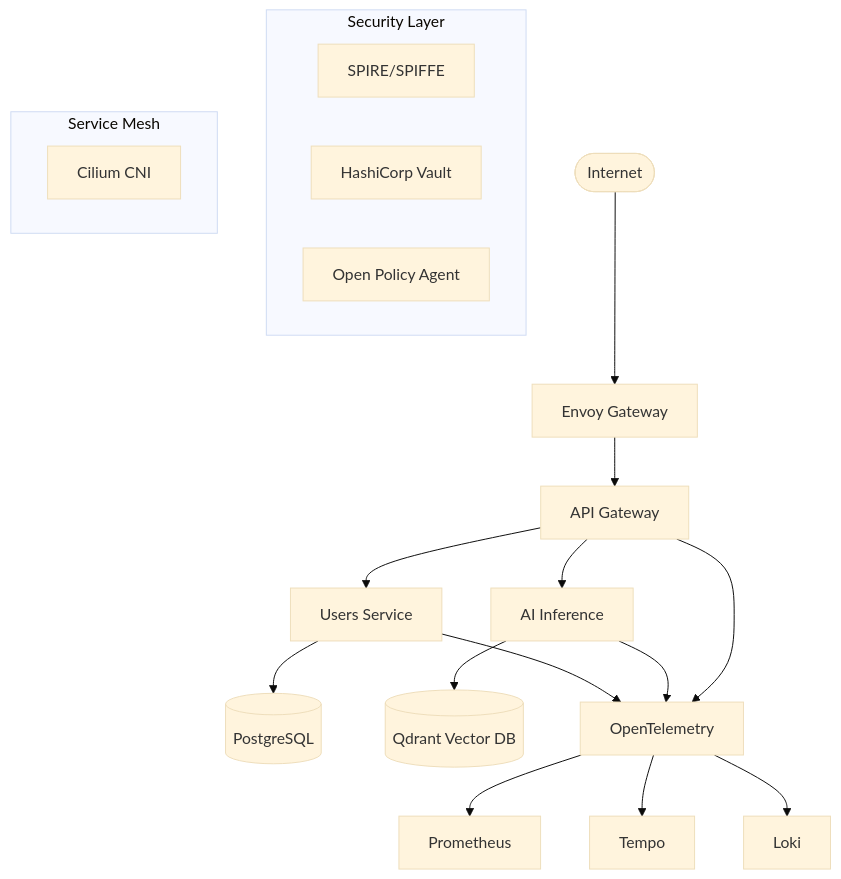
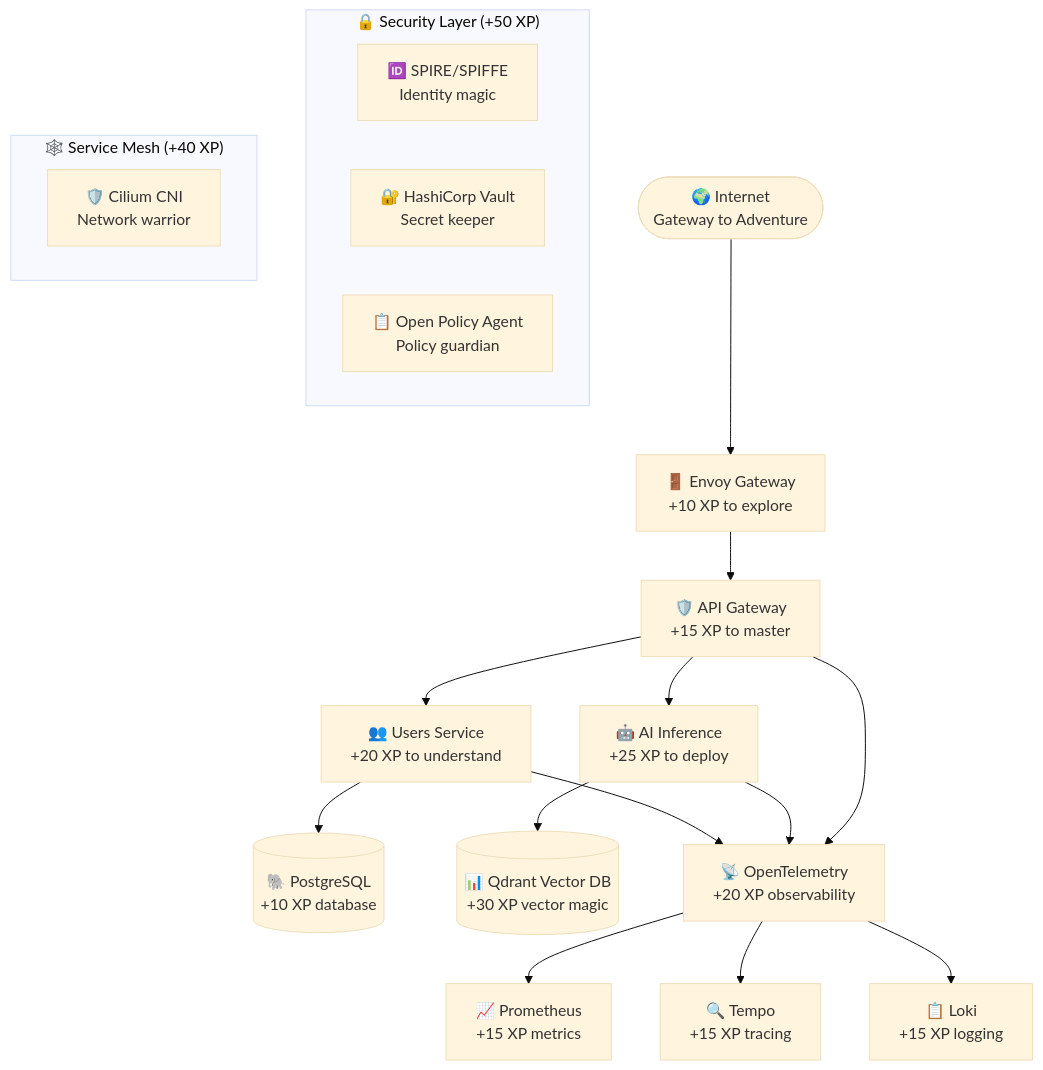
Before and after one commit to tbowman01/my_tech_stack: the second of 3 diagrams in docs/docs/intro.md, drawn with Mermaid (base theme). The commit also changed other lines of this file and 29 other files, not shown here.

````diff
--- a/docs/docs/intro.md
+++ b/docs/docs/intro.md
@@ -15,28 +68,37 @@
 ```mermaid
 graph TB
-    Internet([Internet]) --> EG[Envoy Gateway]
-    EG --> AG[API Gateway]
-    AG --> US[Users Service]
-    AG --> AI[AI Inference]
+    Internet([🌍 Internet<br/>Gateway to Adventure]) --> EG[🚪 Envoy Gateway<br/>+10 XP to explore]
+    EG --> AG[🛡️ API Gateway<br/>+15 XP to master]
+    AG --> US[👥 Users Service<br/>+20 XP to understand]
+    AG --> AI[🤖 AI Inference<br/>+25 XP to deploy]
     
-    US --> PG[(PostgreSQL)]
-    AI --> VDB[(Qdrant Vector DB)]
+    US --> PG[(🐘 PostgreSQL<br/>+10 XP database)]
+    AI --> VDB[(📊 Qdrant Vector DB<br/>+30 XP vector magic)]
     
-    US --> OT[OpenTelemetry]
+    US --> OT[📡 OpenTelemetry<br/>+20 XP observability]
     AI --> OT
     AG --> OT
     
-    OT --> PROM[Prometheus]
-    OT --> TEMPO[Tempo]
-    OT --> LOKI[Loki]
+    OT --> PROM[📈 Prometheus<br/>+15 XP metrics]
+    OT --> TEMPO[🔍 Tempo<br/>+15 XP tracing]
+    OT --> LOKI[📋 Loki<br/>+15 XP logging]
     
-    subgraph "Security Layer"
-        SPIRE[SPIRE/SPIFFE]
-        VAULT[HashiCorp Vault]
-        OPA[Open Policy Agent]
+    subgraph "🔒 Security Layer (+50 XP)"
+        SPIRE[🆔 SPIRE/SPIFFE<br/>Identity magic]
+        VAULT[🔐 HashiCorp Vault<br/>Secret keeper]
+        OPA[📋 Open Policy Agent<br/>Policy guardian]
     end
     
-    subgraph "Service Mesh"
-        CILIUM[Cilium CNI]
+    subgraph "🕸️ Service Mesh (+40 XP)"
+        CILIUM[🛡️ Cilium CNI<br/>Network warrior]
     end
+    
+    click EG "/docs/architecture/gateway" "Explore Envoy Gateway"
+    click AG "/docs/architecture/api-gateway" "Master API Gateway"
+    click US "/docs/architecture/services" "Understand User Service"
+    click AI "/docs/architecture/ai-services" "Deploy AI Services"
+    click VDB "/docs/architecture/vector-db" "Vector Database Magic"
+    click SPIRE "/docs/quests/security-champion" "Start Security Quest"
+    click VAULT "/docs/quests/security-champion" "Master Vault"
+    click CILIUM "/docs/quests/devops-master" "Service Mesh Journey"
 ```
````
